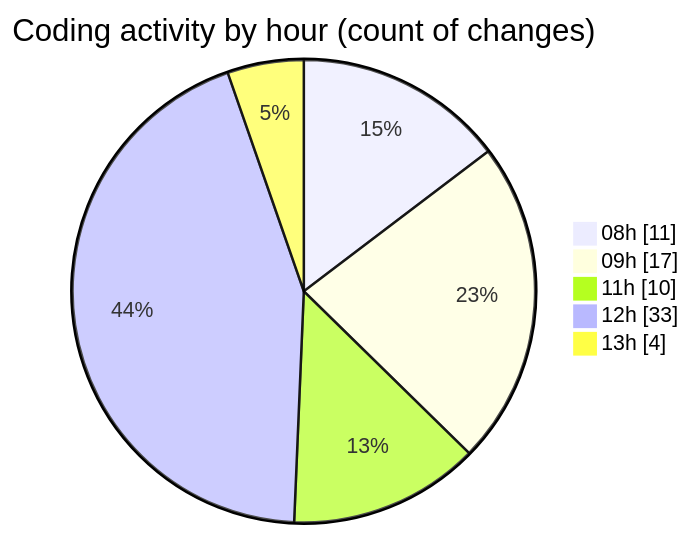
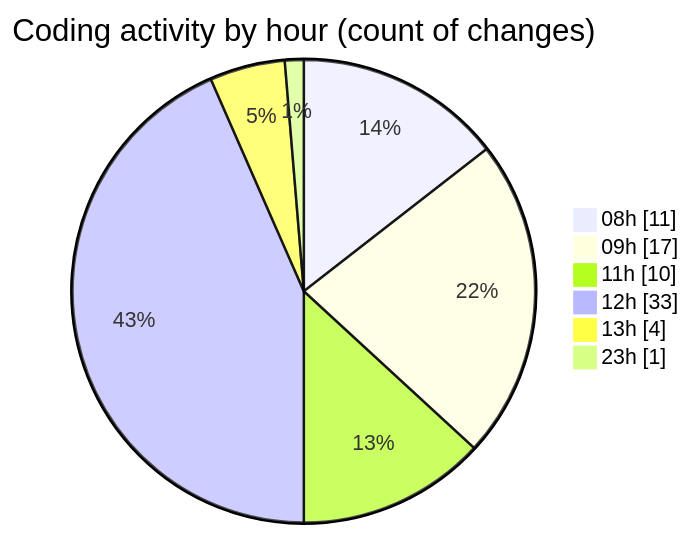
The second of 2 diagrams in 2026-09-11/cda/README.md (momahboobian/code-tracking), drawn with Mermaid before and after one commit. The commit also changed other lines of this file and 1 other file, not shown here.

````diff
--- a/2026-09-11/cda/README.md
+++ b/2026-09-11/cda/README.md
@@ -61,9 +63,10 @@
 ```mermaid
 pie showData
 title Coding activity by hour (count of changes)
 "08h" : 11
 "09h" : 17
 "11h" : 10
 "12h" : 33
 "13h" : 4
+"23h" : 1
 ```
````
